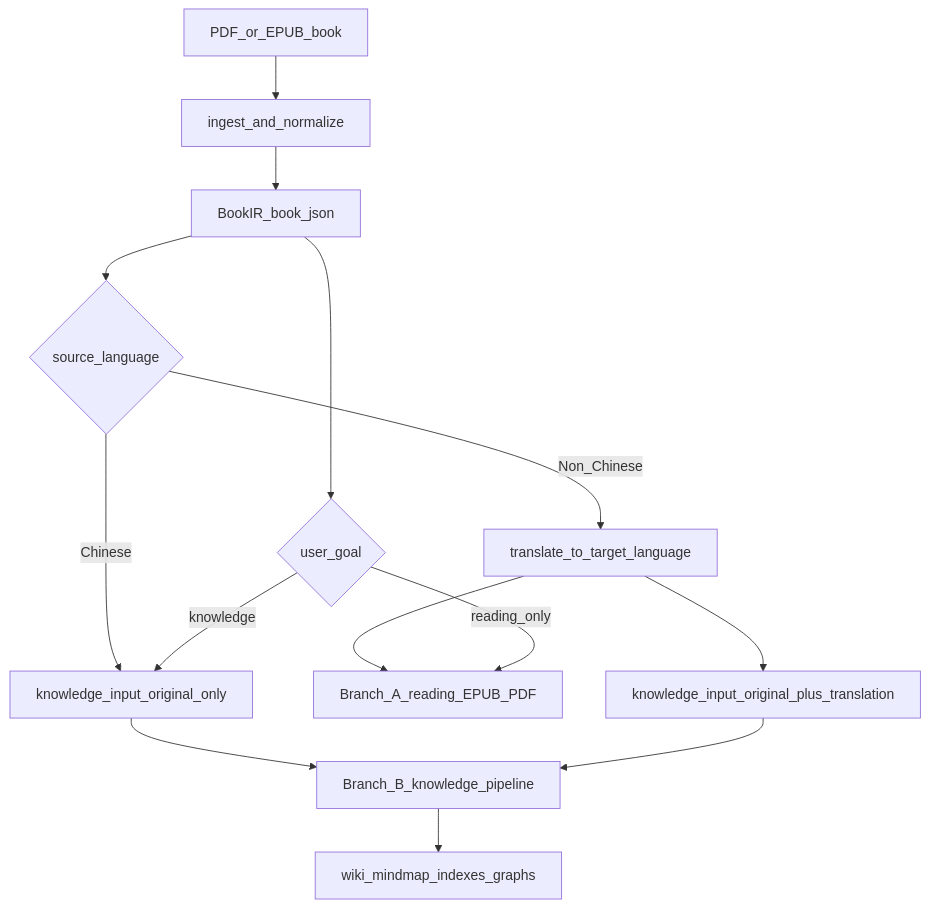
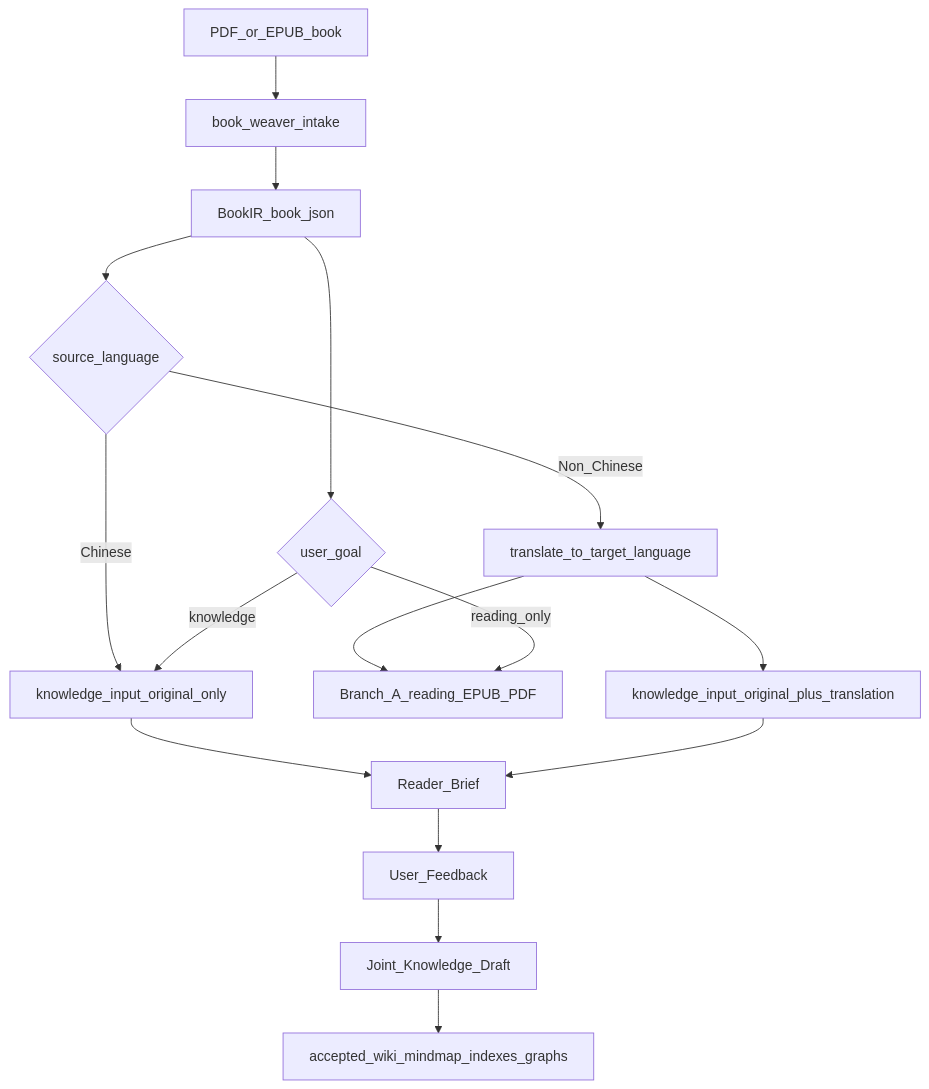
One commit to roycehwa/book-weaver changed the first of 2 diagrams in docs/ROADMAP.md. Above: the diagram before and after it, drawn with Mermaid. The commit also changed other lines of this file and 23 other files, not shown here.

Commit message:
Establish BookWeaver phase B workflow

````diff
--- a/docs/ROADMAP.md
+++ b/docs/ROADMAP.md
@@ -26,16 +27,18 @@
 ```mermaid
 flowchart TB
-  IN[PDF_or_EPUB_book] --> INGEST[ingest_and_normalize]
-  INGEST --> IR[BookIR_book_json]
+  IN[PDF_or_EPUB_book] --> INTAKE[book_weaver_intake]
+  INTAKE --> IR[BookIR_book_json]
   IR --> LANG{source_language}
   LANG -->|Chinese| BINPUT[knowledge_input_original_only]
   LANG -->|Non_Chinese| TR[translate_to_target_language]
   TR --> AOUT[Branch_A_reading_EPUB_PDF]
   TR --> BILINGUAL[knowledge_input_original_plus_translation]
   IR --> ACHOICE{user_goal}
   ACHOICE -->|reading_only| AOUT
   ACHOICE -->|knowledge| BINPUT
-  BINPUT --> B[Branch_B_knowledge_pipeline]
-  BILINGUAL --> B
-  B --> KOUT[wiki_mindmap_indexes_graphs]
+  BINPUT --> BBRIEF[Reader_Brief]
+  BILINGUAL --> BBRIEF
+  BBRIEF --> FEEDBACK[User_Feedback]
+  FEEDBACK --> DRAFT[Joint_Knowledge_Draft]
+  DRAFT --> KOUT[accepted_wiki_mindmap_indexes_graphs]
 ```
````
